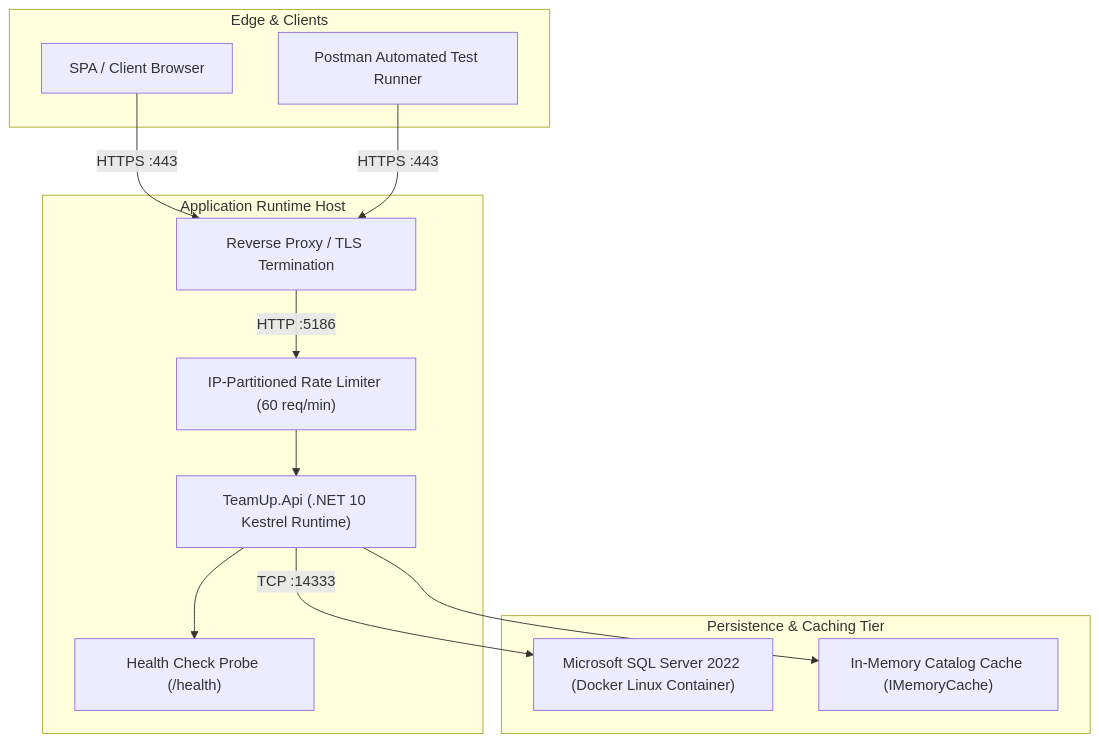
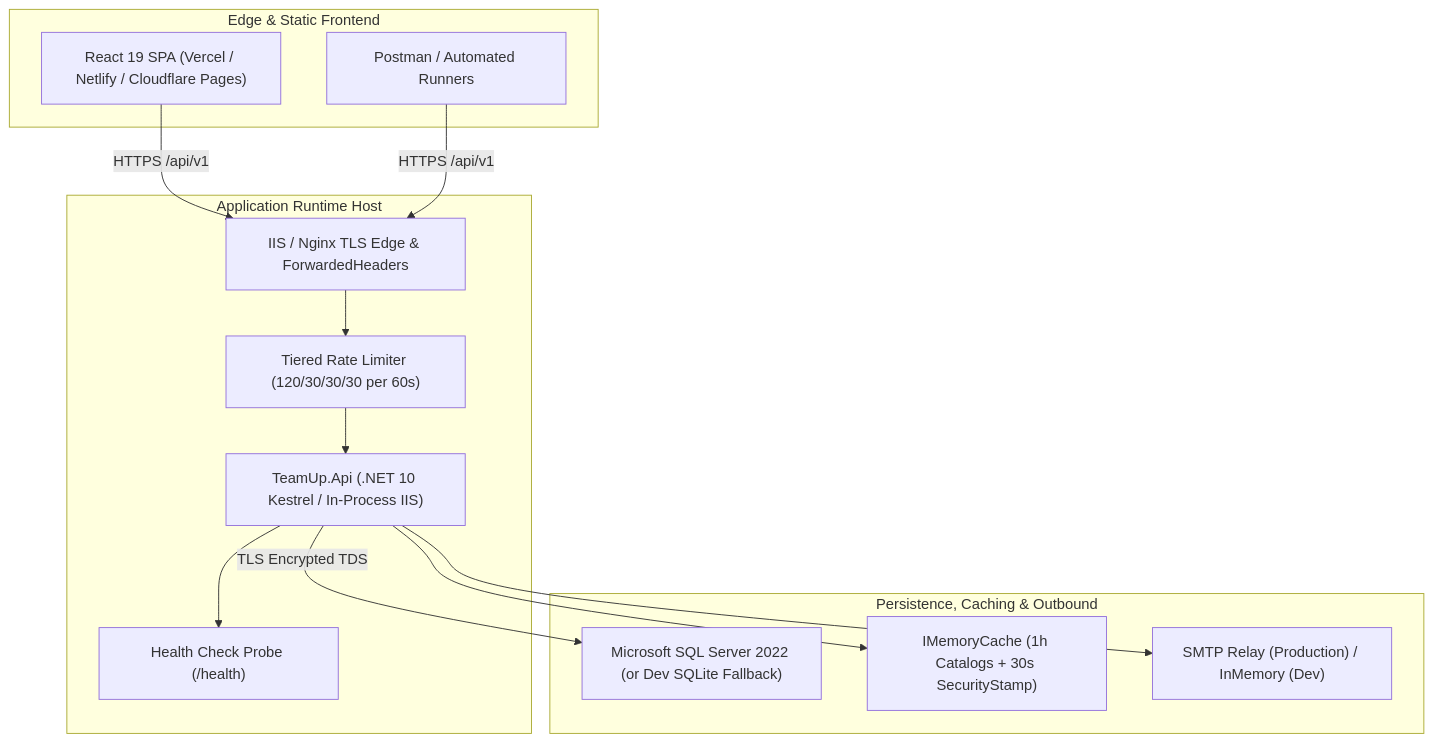
The first of 2 diagrams in wiki/Infrastructure.md (AhmedTyson/TeamUp), drawn with Mermaid before and after one commit. The commit also changed other lines of this file and 34 other files, not shown here.

Commit message:
docs: refine README, wiki, ERD/mapping specs, API guides, and add LICENSE

````diff
--- a/wiki/Infrastructure.md
+++ b/wiki/Infrastructure.md
@@ -25,27 +28,29 @@
 ```mermaid
 flowchart TD
-    subgraph ClientLayer["Edge & Clients"]
-        WEB["SPA / Client Browser"]
-        POSTMAN["Postman Automated Test Runner"]
+    subgraph ClientLayer["Edge & Static Frontend"]
+        SPA["React 19 SPA (Vercel / Netlify / Cloudflare Pages)"]
+        POSTMAN["Postman / Automated Runners"]
     end
 
     subgraph HostNode["Application Runtime Host"]
-        NGINX["Reverse Proxy / TLS Termination"]
-        API["TeamUp.Api (.NET 10 Kestrel Runtime)"]
-        RL["IP-Partitioned Rate Limiter (60 req/min)"]
+        PROXY["IIS / Nginx TLS Edge & ForwardedHeaders"]
+        RL["Tiered Rate Limiter (120/30/30/30 per 60s)"]
+        API["TeamUp.Api (.NET 10 Kestrel / In-Process IIS)"]
         HEALTH["Health Check Probe (/health)"]
     end
 
-    subgraph DataNode["Persistence & Caching Tier"]
-        SQL["Microsoft SQL Server 2022 (Docker Linux Container)"]
-        CACHE["In-Memory Catalog Cache (IMemoryCache)"]
+    subgraph DataNode["Persistence, Caching & Outbound"]
+        SQL["Microsoft SQL Server 2022 (or Dev SQLite Fallback)"]
+        CACHE["IMemoryCache (1h Catalogs + 30s SecurityStamp)"]
+        SMTP["SMTP Relay (Production) / InMemory (Dev)"]
     end
 
-    WEB -->|HTTPS :443| NGINX
-    POSTMAN -->|HTTPS :443| NGINX
-    NGINX -->|HTTP :5186| RL
+    SPA -->|HTTPS /api/v1| PROXY
+    POSTMAN -->|HTTPS /api/v1| PROXY
+    PROXY --> RL
     RL --> API
     API --> HEALTH
     API --> CACHE
-    API -->|TCP :14333| SQL
+    API --> SMTP
+    API -->|TLS Encrypted TDS| SQL
 ```
````
